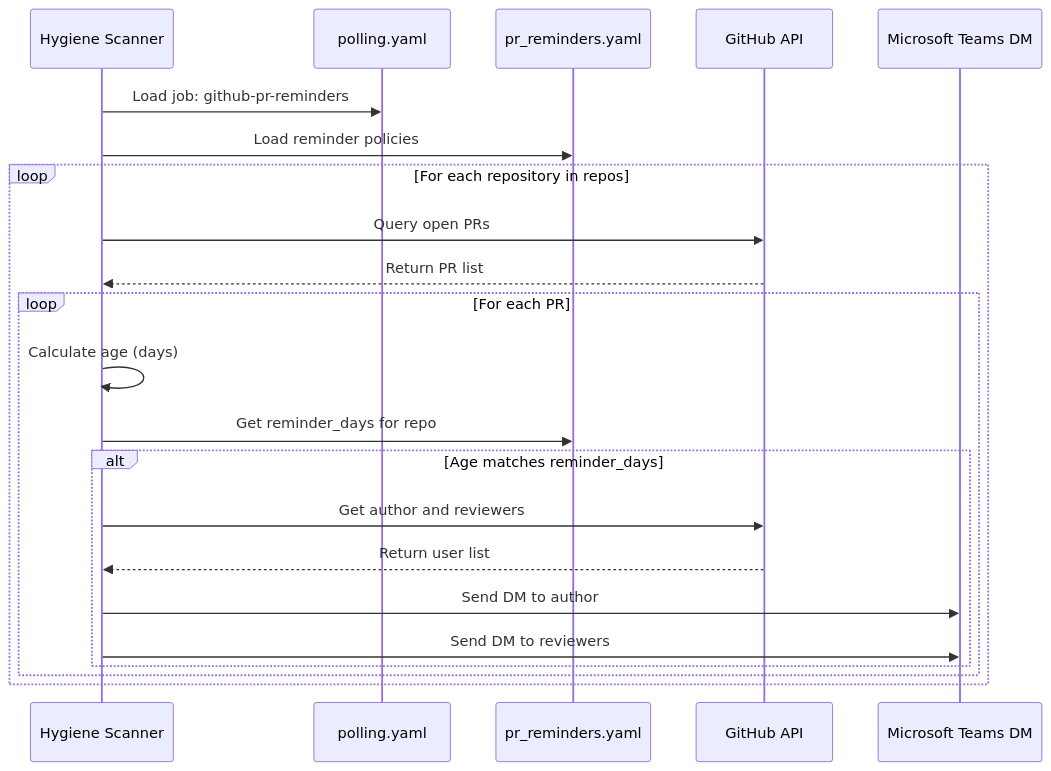
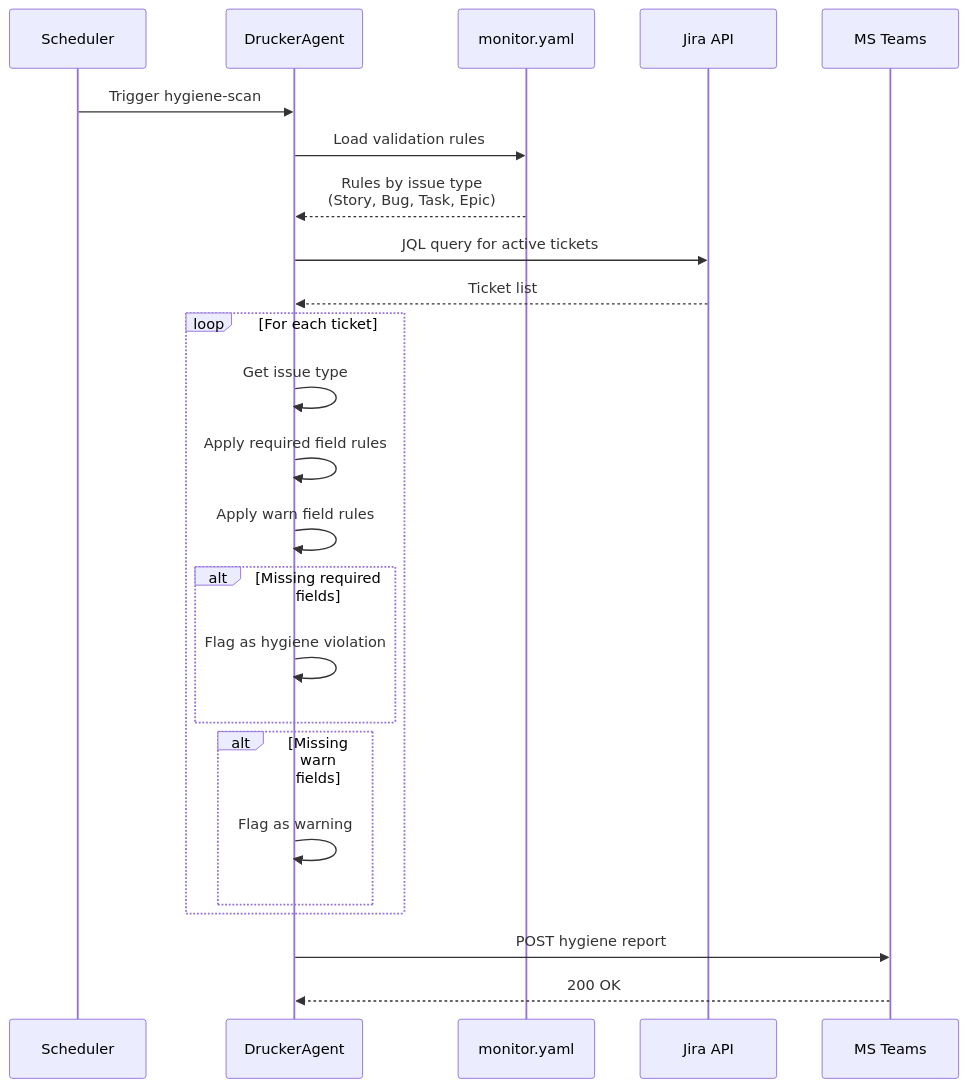
Before and after one commit to jmac-cornelis/agent-workforce: the fourth of 4 diagrams in agents/drucker/docs/config.md, drawn with Mermaid. The commit also changed other lines of this file and 5 other files, not shown here.

````diff
--- a/agents/drucker/docs/config.md
+++ b/agents/drucker/docs/config.md
@@ -137,29 +122,32 @@
 ```mermaid
 sequenceDiagram
-    participant Scanner as Hygiene Scanner
-    participant PollingConfig as polling.yaml
-    participant ReminderConfig as pr_reminders.yaml
-    participant GitHub as GitHub API
-    participant Teams as Microsoft Teams DM
+    participant Scheduler
+    participant DruckerAgent
+    participant MonitorConfig as monitor.yaml
+    participant JiraAPI as Jira API
+    participant Teams as MS Teams
     
-    Scanner->>PollingConfig: Load job: github-pr-reminders
-    Scanner->>ReminderConfig: Load reminder policies
+    Scheduler->>DruckerAgent: Trigger hygiene-scan
+    DruckerAgent->>MonitorConfig: Load validation rules
+    MonitorConfig-->>DruckerAgent: Rules by issue type<br/>(Story, Bug, Task, Epic)
     
-    loop For each repository in repos
-        Scanner->>GitHub: Query open PRs
-        GitHub-->>Scanner: Return PR list
+    DruckerAgent->>JiraAPI: JQL query for active tickets
+    JiraAPI-->>DruckerAgent: Ticket list
+    
+    loop For each ticket
+        DruckerAgent->>DruckerAgent: Get issue type
+        DruckerAgent->>DruckerAgent: Apply required field rules
+        DruckerAgent->>DruckerAgent: Apply warn field rules
         
-        loop For each PR
-            Scanner->>Scanner: Calculate age (days)
-            Scanner->>ReminderConfig: Get reminder_days for repo
-            
-            alt Age matches reminder_days
-                Scanner->>GitHub: Get author and reviewers
-                GitHub-->>Scanner: Return user list
-                
-                Scanner->>Teams: Send DM to author
-                Scanner->>Teams: Send DM to reviewers
-            end
+        alt Missing required fields
+            DruckerAgent->>DruckerAgent: Flag as hygiene violation
+        end
+        
+        alt Missing warn fields
+            DruckerAgent->>DruckerAgent: Flag as warning
         end
     end
+    
+    DruckerAgent->>Teams: POST hygiene report
+    Teams-->>DruckerAgent: 200 OK
 ```
````
